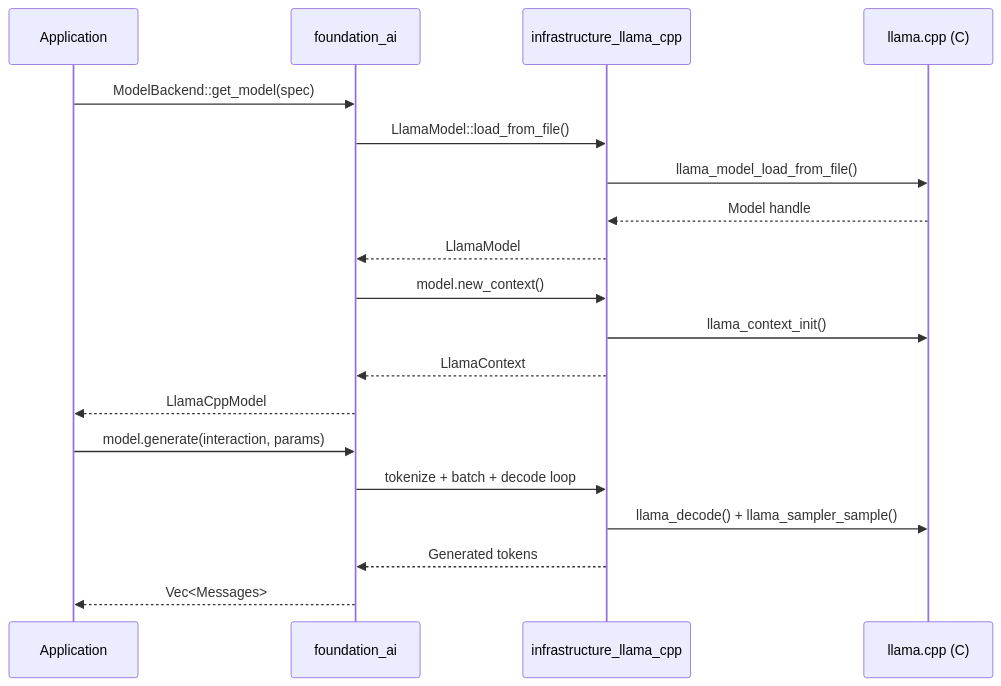
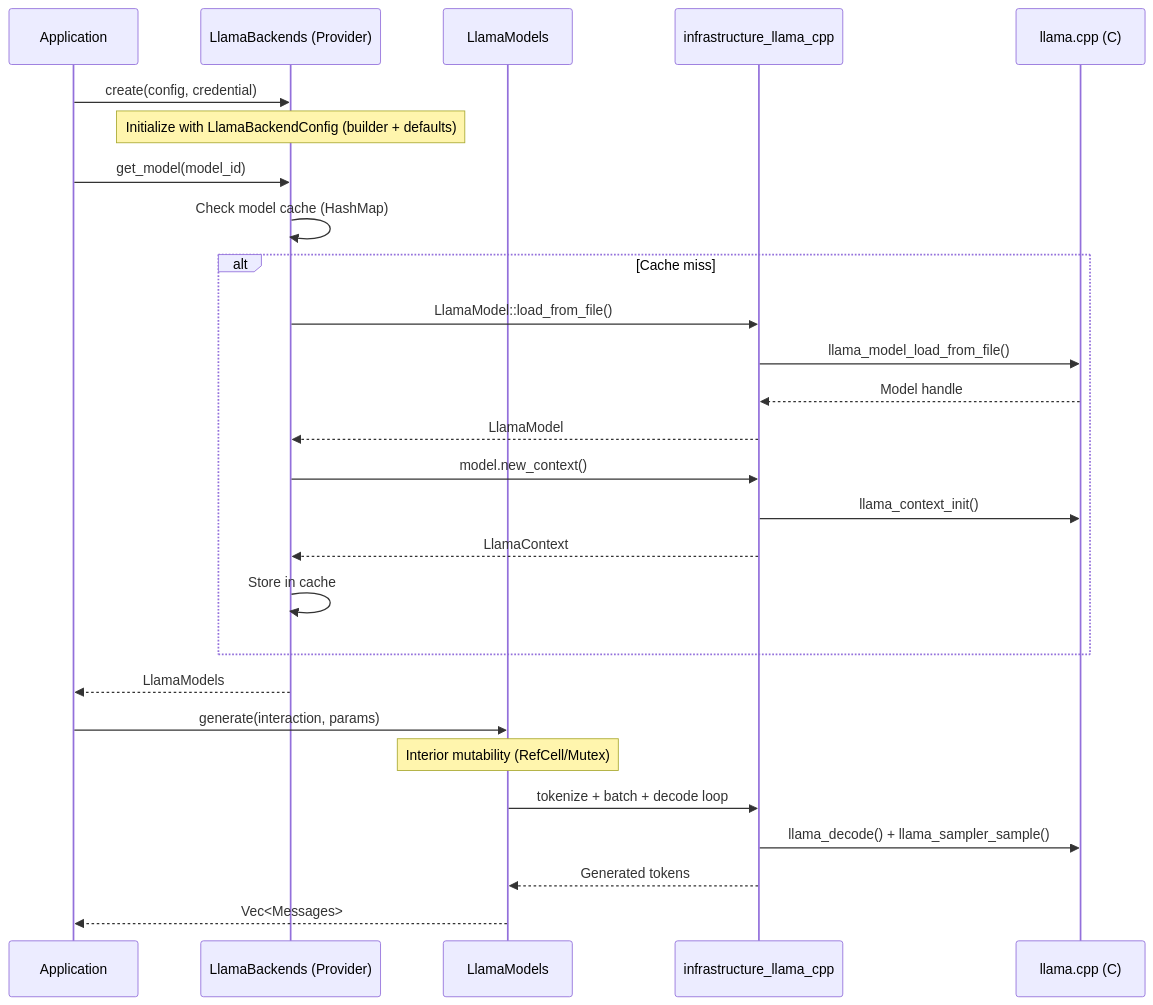
One commit to ewe-studios/ewe_platform changed the second of 2 diagrams in specifications/07-foundation-ai/requirements.md. Above: the diagram before and after it, drawn with Mermaid. The commit also changed other lines of this file and 2 other files, not shown here.

````diff
--- a/specifications/07-foundation-ai/requirements.md
+++ b/specifications/07-foundation-ai/requirements.md
@@ -123,23 +123,32 @@
 ```mermaid
 sequenceDiagram
     participant App as Application
-    participant FA as foundation_ai
+    participant LB as LlamaBackends (Provider)
+    participant LM as LlamaModels
     participant IL as infrastructure_llama_cpp
     participant LC as llama.cpp (C)
 
-    App->>FA: ModelBackend::get_model(spec)
-    FA->>IL: LlamaModel::load_from_file()
-    IL->>LC: llama_model_load_from_file()
-    LC-->>IL: Model handle
-    IL-->>FA: LlamaModel
-    FA->>IL: model.new_context()
-    IL->>LC: llama_context_init()
-    IL-->>FA: LlamaContext
-    FA-->>App: LlamaCppModel
+    App->>LB: create(config, credential)
+    Note over LB: Initialize with LlamaBackendConfig (builder + defaults)
 
-    App->>FA: model.generate(interaction, params)
-    FA->>IL: tokenize + batch + decode loop
+    App->>LB: get_model(model_id)
+    LB->>LB: Check model cache (HashMap)
+    alt Cache miss
+        LB->>IL: LlamaModel::load_from_file()
+        IL->>LC: llama_model_load_from_file()
+        LC-->>IL: Model handle
+        IL-->>LB: LlamaModel
+        LB->>IL: model.new_context()
+        IL->>LC: llama_context_init()
+        IL-->>LB: LlamaContext
+        LB->>LB: Store in cache
+    end
+    LB-->>App: LlamaModels
+
+    App->>LM: generate(interaction, params)
+    Note over LM: Interior mutability (RefCell/Mutex)
+    LM->>IL: tokenize + batch + decode loop
     IL->>LC: llama_decode() + llama_sampler_sample()
-    IL-->>FA: Generated tokens
-    FA-->>App: Vec<Messages>
+    IL-->>LM: Generated tokens
+    LM-->>App: Vec<Messages>
 ```
````
